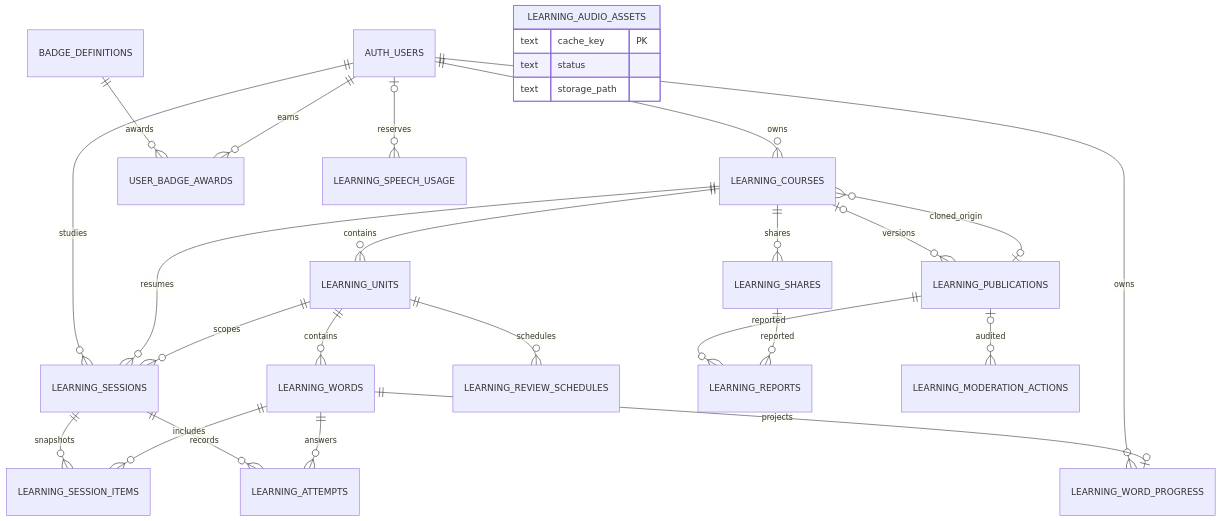
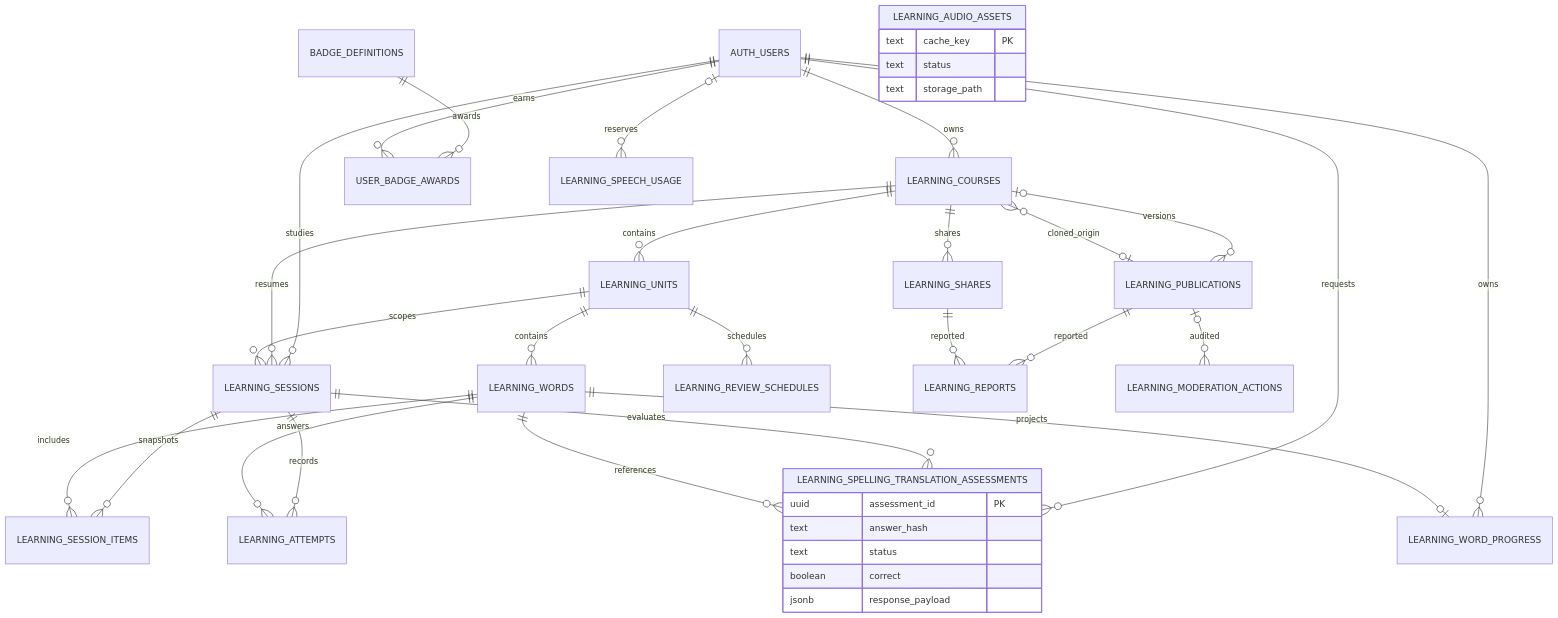
The second of 2 diagrams in docs/guides/ERD.md (HuanZhang2006/Nalanda), drawn with Mermaid before and after one commit. The commit also changed other lines of this file and 49 other files, not shown here.

First line of the commit message:
feat(courses): add timed spelling translation checks (#26)

````diff
--- a/docs/guides/ERD.md
+++ b/docs/guides/ERD.md
@@ -211,30 +211,40 @@
 ```mermaid
 erDiagram
     AUTH_USERS ||--o{ LEARNING_COURSES : owns
     LEARNING_COURSES ||--o{ LEARNING_UNITS : contains
     LEARNING_UNITS ||--o{ LEARNING_WORDS : contains
     AUTH_USERS ||--o{ LEARNING_SESSIONS : studies
     LEARNING_COURSES ||--o{ LEARNING_SESSIONS : resumes
     LEARNING_UNITS ||--o{ LEARNING_SESSIONS : scopes
     LEARNING_SESSIONS ||--o{ LEARNING_SESSION_ITEMS : snapshots
     LEARNING_WORDS ||--o{ LEARNING_SESSION_ITEMS : includes
     LEARNING_SESSIONS ||--o{ LEARNING_ATTEMPTS : records
     LEARNING_WORDS ||--o{ LEARNING_ATTEMPTS : answers
+    AUTH_USERS ||--o{ LEARNING_SPELLING_TRANSLATION_ASSESSMENTS : requests
+    LEARNING_SESSIONS ||--o{ LEARNING_SPELLING_TRANSLATION_ASSESSMENTS : evaluates
+    LEARNING_WORDS ||--o{ LEARNING_SPELLING_TRANSLATION_ASSESSMENTS : references
     AUTH_USERS ||--o{ LEARNING_WORD_PROGRESS : owns
     LEARNING_WORDS ||--o| LEARNING_WORD_PROGRESS : projects
     LEARNING_UNITS ||--o{ LEARNING_REVIEW_SCHEDULES : schedules
     LEARNING_COURSES ||--o{ LEARNING_SHARES : shares
     LEARNING_COURSES o|--o{ LEARNING_PUBLICATIONS : versions
     LEARNING_PUBLICATIONS o|--o{ LEARNING_COURSES : cloned_origin
     LEARNING_PUBLICATIONS ||--o{ LEARNING_REPORTS : reported
     LEARNING_SHARES ||--o{ LEARNING_REPORTS : reported
     LEARNING_PUBLICATIONS o|--o{ LEARNING_MODERATION_ACTIONS : audited
     BADGE_DEFINITIONS ||--o{ USER_BADGE_AWARDS : awards
     AUTH_USERS ||--o{ USER_BADGE_AWARDS : earns
     AUTH_USERS o|--o{ LEARNING_SPEECH_USAGE : reserves
     LEARNING_AUDIO_ASSETS {
         text cache_key PK
         text status
         text storage_path
     }
+    LEARNING_SPELLING_TRANSLATION_ASSESSMENTS {
+        uuid assessment_id PK
+        text answer_hash
+        text status
+        boolean correct
+        jsonb response_payload
+    }
 ```
````
